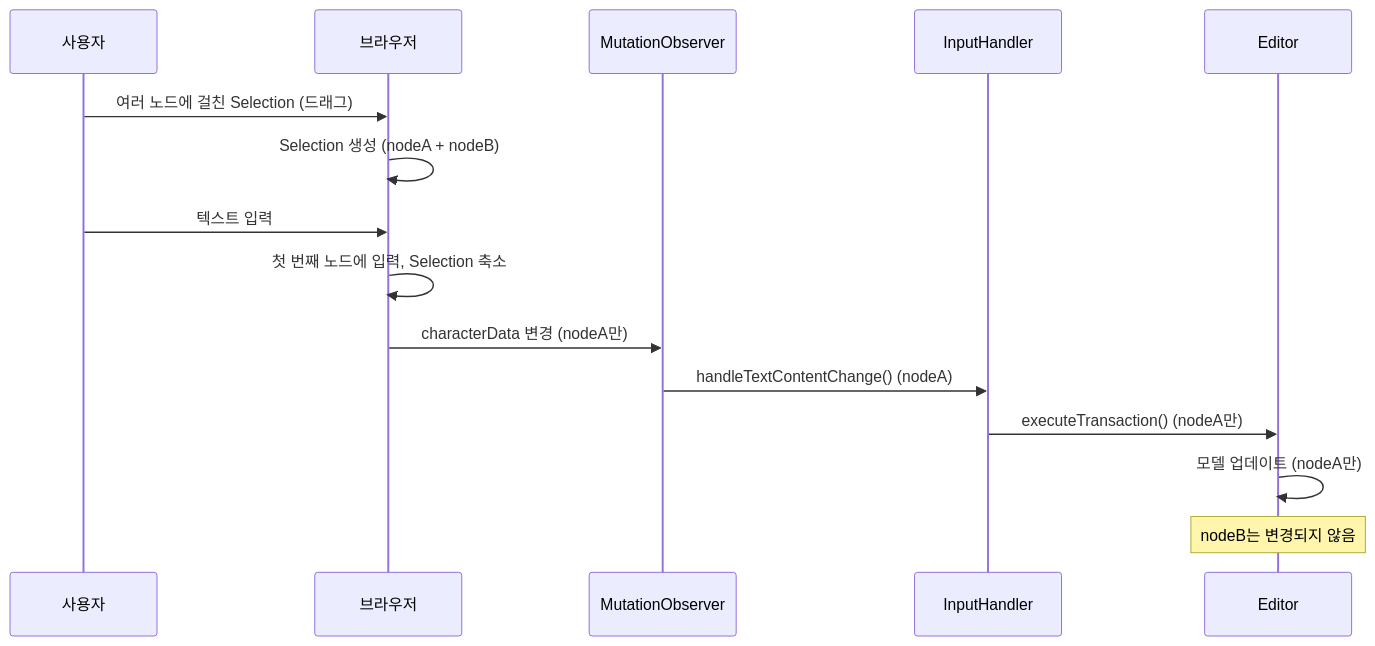
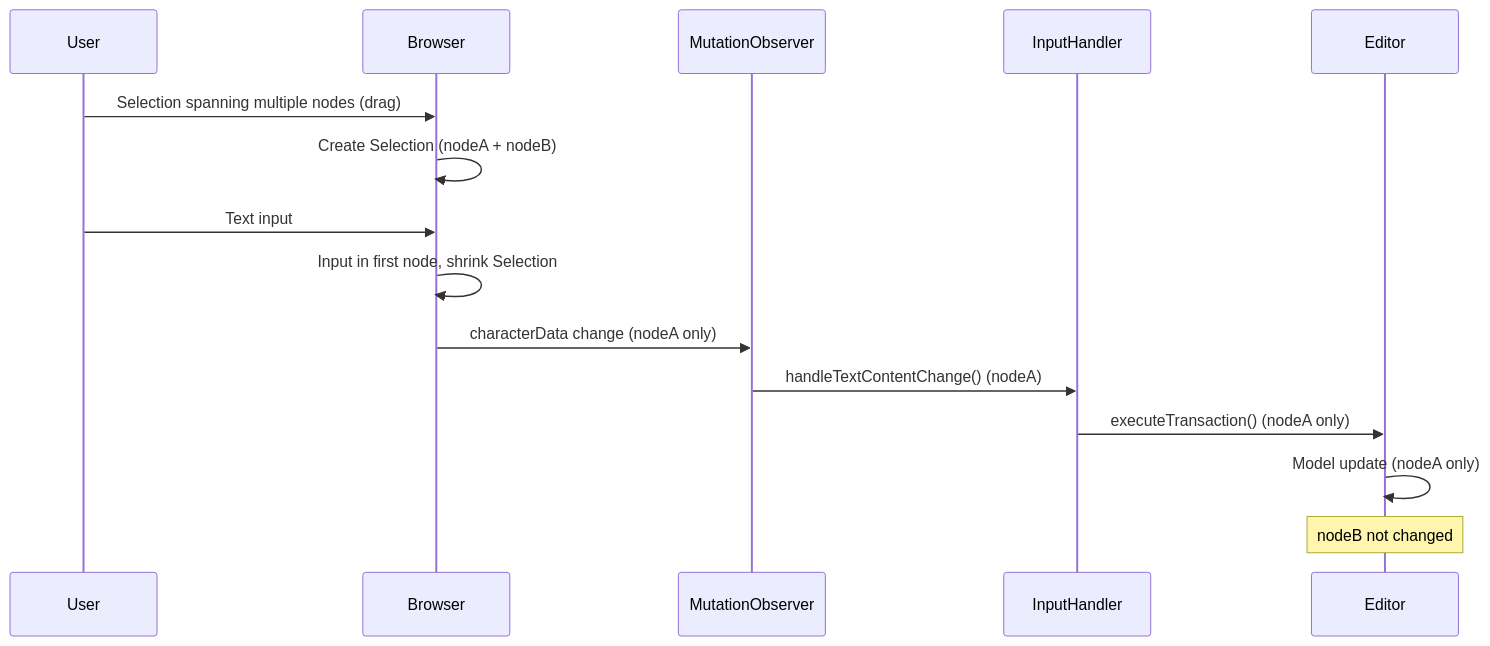
Before and after one commit to barocss/barocss-editor: the ninth of 16 diagrams in packages/editor-view-dom/docs/plan/input-rendering-race-condition.md, drawn with Mermaid. The commit also changed other lines of this file and 43 other files, not shown here.

````diff
--- a/packages/editor-view-dom/docs/plan/input-rendering-race-condition.md
+++ b/packages/editor-view-dom/docs/plan/input-rendering-race-condition.md
@@ -615,18 +615,18 @@
 ```mermaid
 sequenceDiagram
-    participant User as 사용자
-    participant Browser as 브라우저
+    participant User as User
+    participant Browser as Browser
     participant MO as MutationObserver
     participant IH as InputHandler
     participant Editor as Editor
 
-    User->>Browser: 여러 노드에 걸친 Selection (드래그)
-    Browser->>Browser: Selection 생성 (nodeA + nodeB)
-    User->>Browser: 텍스트 입력
-    Browser->>Browser: 첫 번째 노드에 입력, Selection 축소
-    Browser->>MO: characterData 변경 (nodeA만)
+    User->>Browser: Selection spanning multiple nodes (drag)
+    Browser->>Browser: Create Selection (nodeA + nodeB)
+    User->>Browser: Text input
+    Browser->>Browser: Input in first node, shrink Selection
+    Browser->>MO: characterData change (nodeA only)
     MO->>IH: handleTextContentChange() (nodeA)
-    IH->>Editor: executeTransaction() (nodeA만)
-    Editor->>Editor: 모델 업데이트 (nodeA만)
-    Note over Editor: nodeB는 변경되지 않음
+    IH->>Editor: executeTransaction() (nodeA only)
+    Editor->>Editor: Model update (nodeA only)
+    Note over Editor: nodeB not changed
 ```
````
